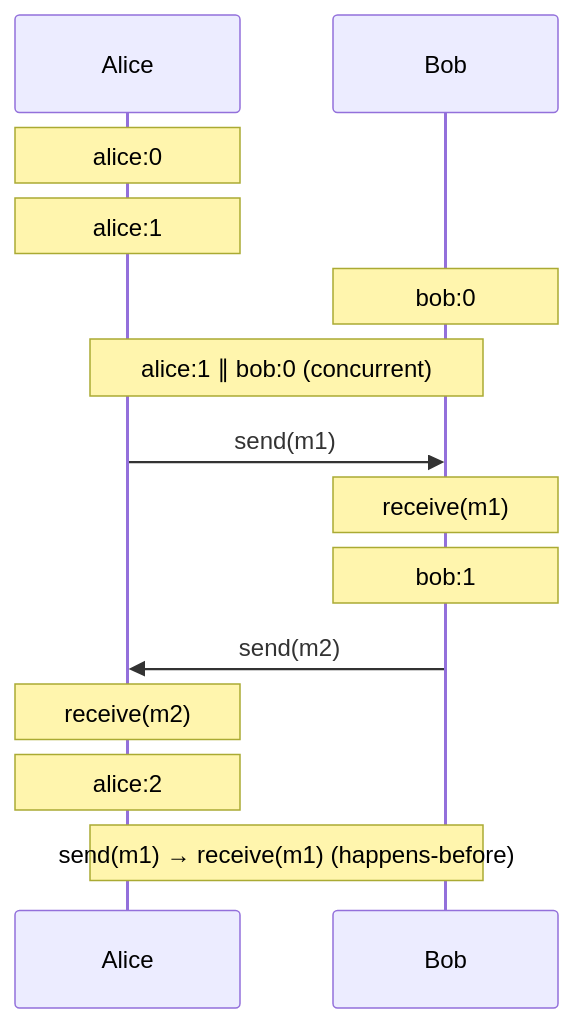
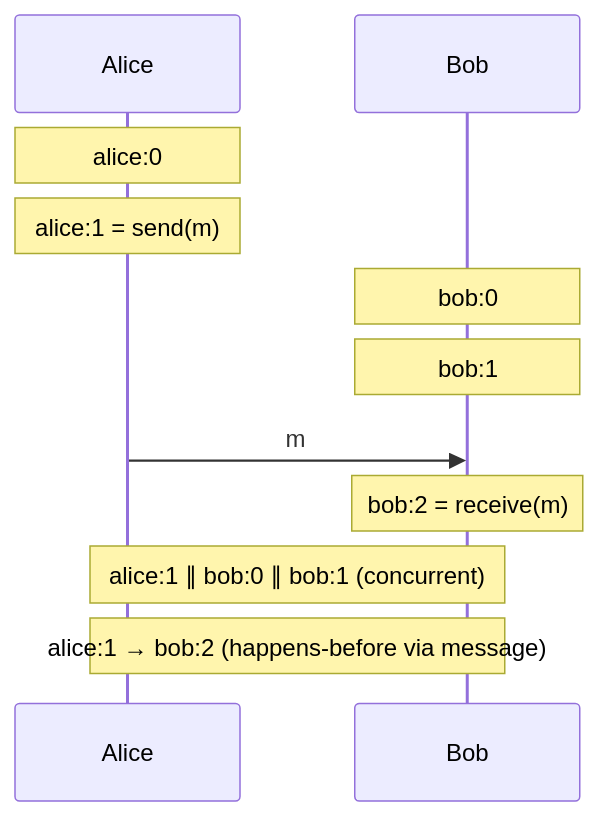
The diagram in img/causality.mmd (krsion/master-thesis), drawn with Mermaid before and after one commit. The commit also changed 1 other file, not shown here.

Commit message:
Causality diagram: diagonal arrows, send/receive as event labels
Simplified: alice:1 = send(m), bob:2 = receive(m). Arrow goes
downward showing time progression. Concurrent and happens-before
annotations at bottom.

```diff
--- a/img/causality.mmd
+++ b/img/causality.mmd
@@ -1,16 +1,14 @@
 %%{init: {'themeVariables': {'fontFamily': 'monospace'}}}%%
 sequenceDiagram
     participant Alice
     participant Bob
 
     Note over Alice: alice:0
-    Note over Alice: alice:1
+    Note over Alice: alice:1 = send(m)
     Note over Bob: bob:0
-    Note over Alice,Bob: alice:1 ∥ bob:0 (concurrent)
-    Alice->>Bob: send(m1)
-    Note over Bob: receive(m1)
     Note over Bob: bob:1
-    Bob->>Alice: send(m2)
-    Note over Alice: receive(m2)
-    Note over Alice: alice:2
-    Note over Alice,Bob: send(m1) → receive(m1) (happens-before)
+    Alice->>Bob: m
+    Note over Bob: bob:2 = receive(m)
+
+    Note over Alice,Bob: alice:1 ∥ bob:0 ∥ bob:1 (concurrent)
+    Note over Alice,Bob: alice:1 → bob:2 (happens-before via message)
```
